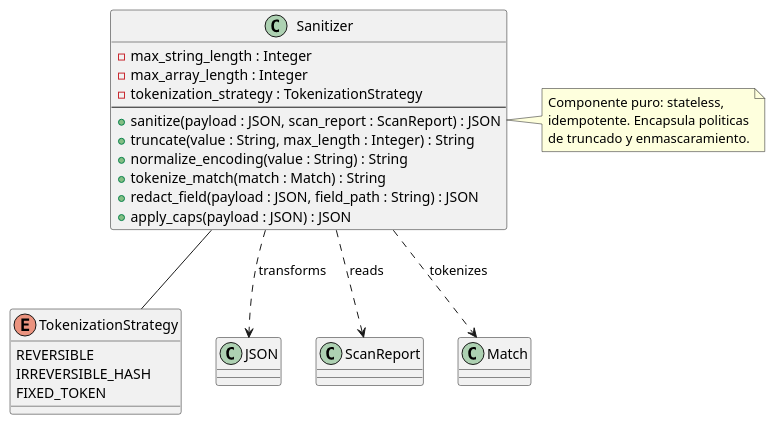
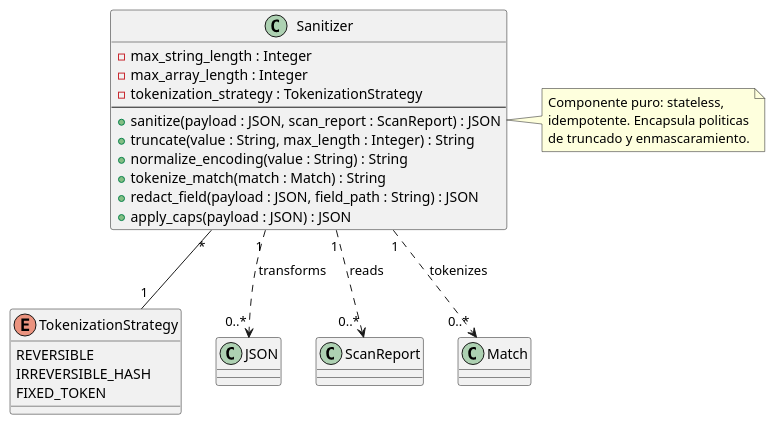
The diagram in source/arquitectura-tecnica/domain-model/sanitizer.rst (jcg-admin/IACT-docs), drawn with PlantUML before and after one commit. The commit also changed 44 other files, not shown here.

First line of the commit message:
Apply UML rigor pass batch 3: sweep multiplicities + checklist

```diff
--- a/source/arquitectura-tecnica/domain-model/sanitizer.rst
+++ b/source/arquitectura-tecnica/domain-model/sanitizer.rst
@@ -35,41 +35,41 @@
 .. uml::
  :caption: Clase Sanitizer — transformación de payload
            para forma canónica y segura.
 
  @startuml
 
  class Sanitizer {
    - max_string_length : Integer
    - max_array_length : Integer
    - tokenization_strategy : TokenizationStrategy
    --
    + sanitize(payload : JSON, scan_report : ScanReport) : JSON
    + truncate(value : String, max_length : Integer) : String
    + normalize_encoding(value : String) : String
    + tokenize_match(match : Match) : String
    + redact_field(payload : JSON, field_path : String) : JSON
    + apply_caps(payload : JSON) : JSON
  }
 
  enum TokenizationStrategy {
    REVERSIBLE
    IRREVERSIBLE_HASH
    FIXED_TOKEN
  }
 
  class JSON
  class ScanReport
  class Match
 
- Sanitizer ..> JSON : transforms
- Sanitizer ..> ScanReport : reads
- Sanitizer ..> Match : tokenizes
- Sanitizer -- TokenizationStrategy
+ Sanitizer "1" ..> "0..*" JSON : transforms
+ Sanitizer "1" ..> "0..*" ScanReport : reads
+ Sanitizer "1" ..> "0..*" Match : tokenizes
+ Sanitizer "*" -- "1" TokenizationStrategy
 
  note right of Sanitizer
    Componente puro: stateless,
    idempotente. Encapsula politicas
    de truncado y enmascaramiento.
  end note
 
  @enduml
```
